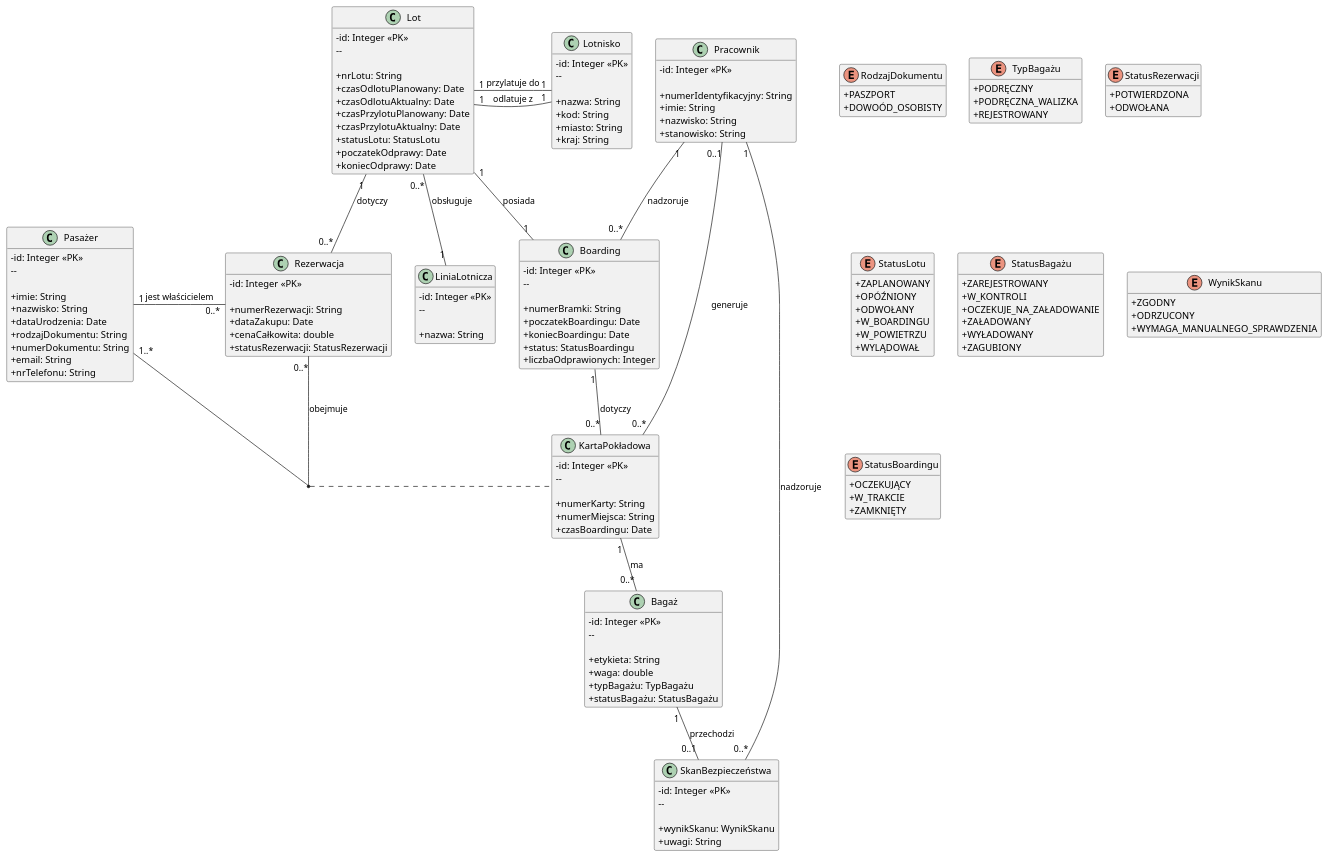
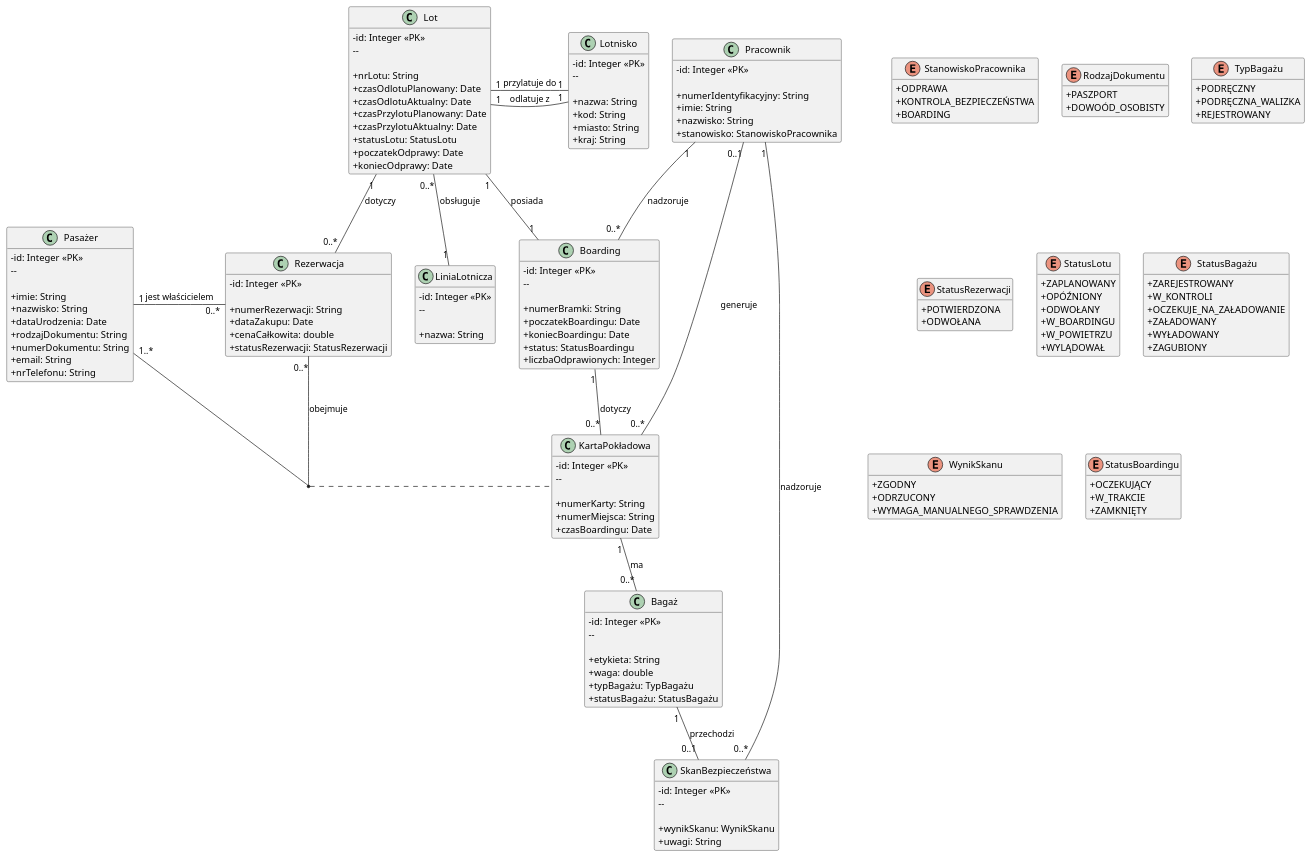
One commit to lsok02/PSI changed the diagram in Diagram_klas/Diagram_klas_pasażerowie_i_odprawy.md. Above: the diagram before and after it, drawn with PlantUML. The commit also changed 4 other files, not shown here.

```diff
--- a/Diagram_klas/Diagram_klas_pasażerowie_i_odprawy.md
+++ b/Diagram_klas/Diagram_klas_pasażerowie_i_odprawy.md
@@ -1,6 +1,12 @@
 @startuml
 hide methods
 skinparam classAttributeIconSize 0
+
+enum StanowiskoPracownika {
++ ODPRAWA
++ KONTROLA_BEZPIECZEŃSTWA
++ BOARDING
+}
 
 enum RodzajDokumentu {
 
@@ -149,7 +155,7 @@
 + numerIdentyfikacyjny: String
 + imie: String
 + nazwisko: String
-+ stanowisko: String
++ stanowisko: StanowiskoPracownika
   }
 
 class Lotnisko {
```
